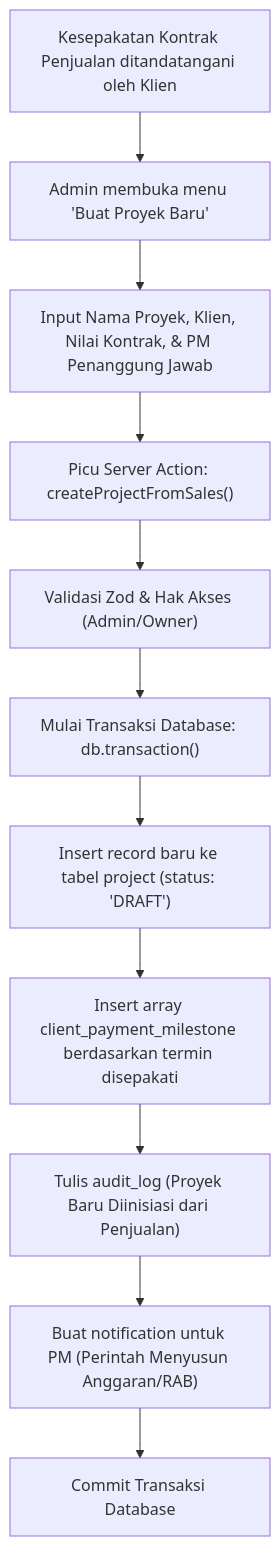
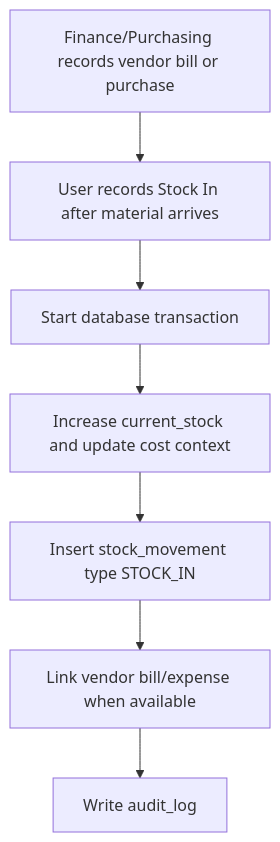
Before and after one commit to LibranRst/atria-erp: the tenth of 13 diagrams in docs/03-flows/FLOWS.md, drawn with Mermaid. The commit also changed other lines of this file and 453 other files, not shown here.

Commit message:
refactor: consolidate finance and material control workflows

````diff
--- a/docs/03-flows/FLOWS.md
+++ b/docs/03-flows/FLOWS.md
@@ -600,13 +135,9 @@
 ```mermaid
-graph TD
-    A["Kesepakatan Kontrak Penjualan ditandatangani oleh Klien"] --> B["Admin membuka menu 'Buat Proyek Baru'"]
-    B --> C["Input Nama Proyek, Klien, Nilai Kontrak, & PM Penanggung Jawab"]
-    C --> D["Picu Server Action: createProjectFromSales()"]
-    D --> E["Validasi Zod & Hak Akses (Admin/Owner)"]
-    E --> F["Mulai Transaksi Database: db.transaction()"]
-    F --> G["Insert record baru ke tabel project (status: 'DRAFT')"]
-    G --> H["Insert array client_payment_milestone berdasarkan termin disepakati"]
-    H --> I["Tulis audit_log (Proyek Baru Diinisiasi dari Penjualan)"]
-    I --> J["Buat notification untuk PM (Perintah Menyusun Anggaran/RAB)"]
-    J --> K["Commit Transaksi Database"]
+flowchart TD
+  A["Finance/Purchasing records vendor bill or purchase"] --> B["User records Stock In after material arrives"]
+  B --> C["Start database transaction"]
+  C --> D["Increase current_stock and update cost context"]
+  D --> E["Insert stock_movement type STOCK_IN"]
+  E --> F["Link vendor bill/expense when available"]
+  F --> G["Write audit_log"]
 ```
````
